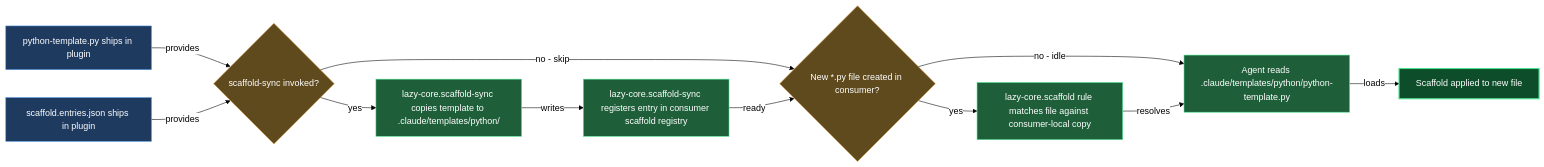
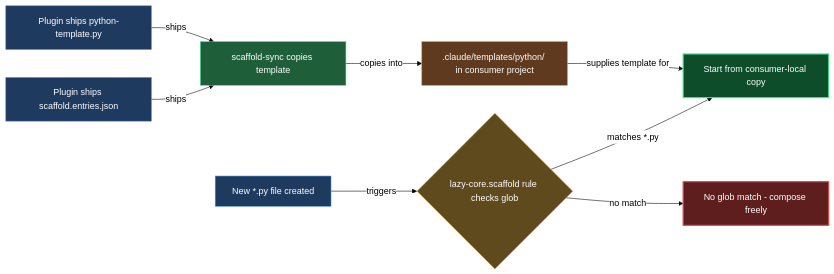
One commit to mebius-san/lazy-cortex changed the diagram in claude/lazycortex-python/help/scaffold.md. Above: the diagram before and after it, drawn with Mermaid. The commit also changed other lines of this file and 63 other files, not shown here.

First line of the commit message:
publish lazycortex-core 5.9.0, lazycortex-experts 0.5.0, lazycortex-python 1.9.0

````diff
--- a/claude/lazycortex-python/help/scaffold.md
+++ b/claude/lazycortex-python/help/scaffold.md
@@ -39,39 +39,36 @@
 ```mermaid
 %%{init: {'themeVariables':{'background':'transparent','lineColor':'#000','textColor':'#000','edgeLabelBackground':'#fff'},'themeCSS':'.edgeLabel{background-color:transparent!important}.edgeLabel p{background-color:transparent!important}','flowchart':{'diagramPadding':5,'useMaxWidth':true}}}%%
 flowchart LR
-  pluginShipsTemplate[python-template.py ships in plugin]
-  pluginShipsEntries[scaffold.entries.json ships in plugin]
-  scaffoldSyncRuns{scaffold-sync invoked?}
-  copyTemplateToDotClaude[lazy-core.scaffold-sync copies template to .claude/templates/python/]
-  updateEntriesInConsumer[lazy-core.scaffold-sync registers entry in consumer scaffold registry]
-  newPyFileCreated{New *.py file created in consumer?}
-  ruleMatchesFile[lazy-core.scaffold rule matches file against consumer-local copy]
-  agentReadsTemplate[Agent reads .claude/templates/python/python-template.py]
-  scaffoldApplied[Scaffold applied to new file]
+  pluginShipsTemplate[Plugin ships python-template.py]
+  pluginShipsEntries[Plugin ships scaffold.entries.json]
+  scaffoldSyncCopies[scaffold-sync copies template]
+  consumerTemplatesDir[.claude/templates/python/ in consumer project]
+  newPyFileCreated[New *.py file created]
+  scaffoldRuleChecks{lazy-core.scaffold rule checks glob}
+  startFromCopy[Start from consumer-local copy]
+  composeFromMemory[No glob match - compose freely]
 
-  pluginShipsTemplate -->|provides| scaffoldSyncRuns
-  pluginShipsEntries -->|provides| scaffoldSyncRuns
-  scaffoldSyncRuns -->|yes| copyTemplateToDotClaude
-  scaffoldSyncRuns -->|no - skip| newPyFileCreated
-  copyTemplateToDotClaude -->|writes| updateEntriesInConsumer
-  updateEntriesInConsumer -->|ready| newPyFileCreated
-  newPyFileCreated -->|yes| ruleMatchesFile
-  newPyFileCreated -->|no - idle| agentReadsTemplate
-  ruleMatchesFile -->|resolves| agentReadsTemplate
-  agentReadsTemplate -->|loads| scaffoldApplied
+  pluginShipsTemplate -->|ships| scaffoldSyncCopies
+  pluginShipsEntries -->|ships| scaffoldSyncCopies
+  scaffoldSyncCopies -->|copies into| consumerTemplatesDir
+  newPyFileCreated -->|triggers| scaffoldRuleChecks
+  scaffoldRuleChecks -->|matches *.py| startFromCopy
+  scaffoldRuleChecks -->|no match| composeFromMemory
+  consumerTemplatesDir -->|supplies template for| startFromCopy
 
   classDef entry fill:#1e3a5f,stroke:#4a90e2,color:#fff
   classDef guard fill:#5f4a1e,stroke:#e2a14a,color:#fff
   classDef action fill:#1e5f3a,stroke:#4ae290,color:#fff
+  classDef store fill:#5f3a1e,stroke:#e2904a,color:#fff
   classDef success fill:#0d4d2a,stroke:#4ae290,color:#fff,stroke-width:2px
+  classDef error fill:#5f1e1e,stroke:#e24a4a,color:#fff,stroke-width:2px
 
   class pluginShipsTemplate entry
   class pluginShipsEntries entry
-  class scaffoldSyncRuns guard
-  class newPyFileCreated guard
-  class copyTemplateToDotClaude action
-  class updateEntriesInConsumer action
-  class ruleMatchesFile action
-  class agentReadsTemplate action
-  class scaffoldApplied success
+  class scaffoldSyncCopies action
+  class consumerTemplatesDir store
+  class newPyFileCreated entry
+  class scaffoldRuleChecks guard
+  class startFromCopy success
+  class composeFromMemory error
 ```
````
